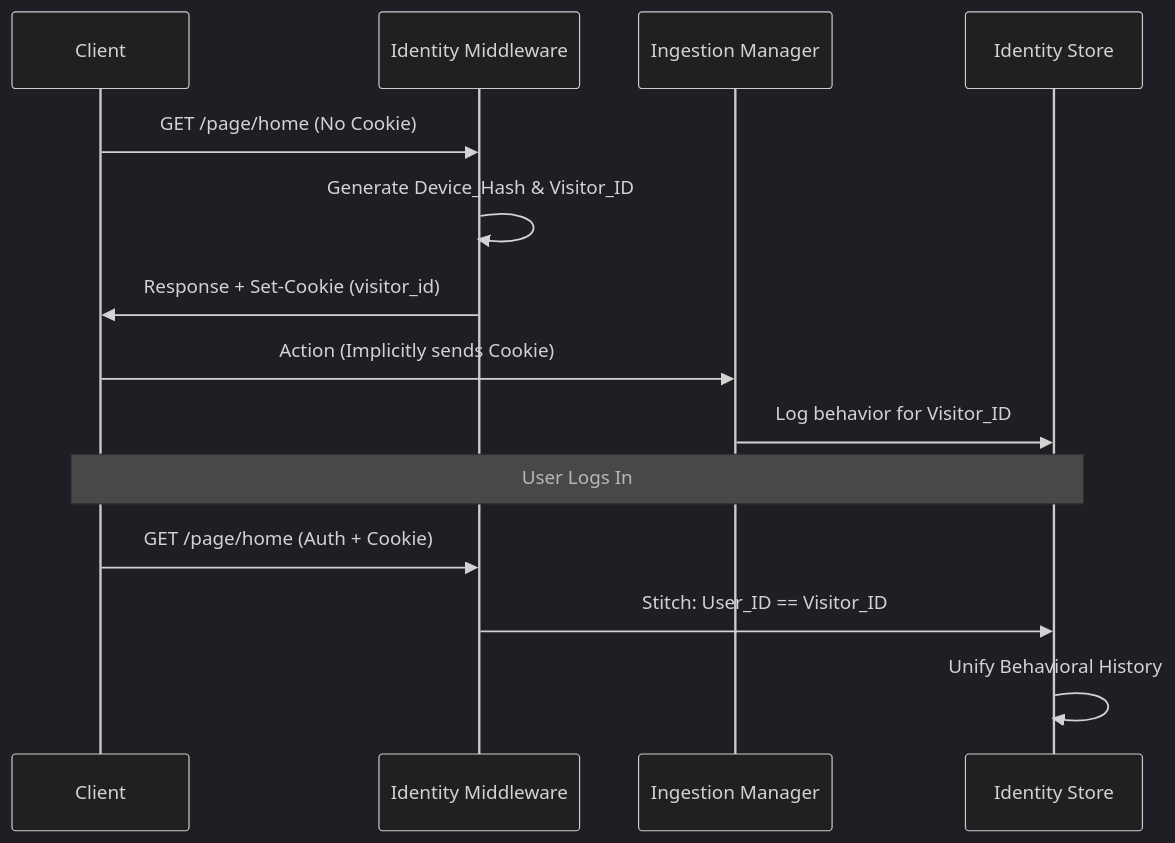
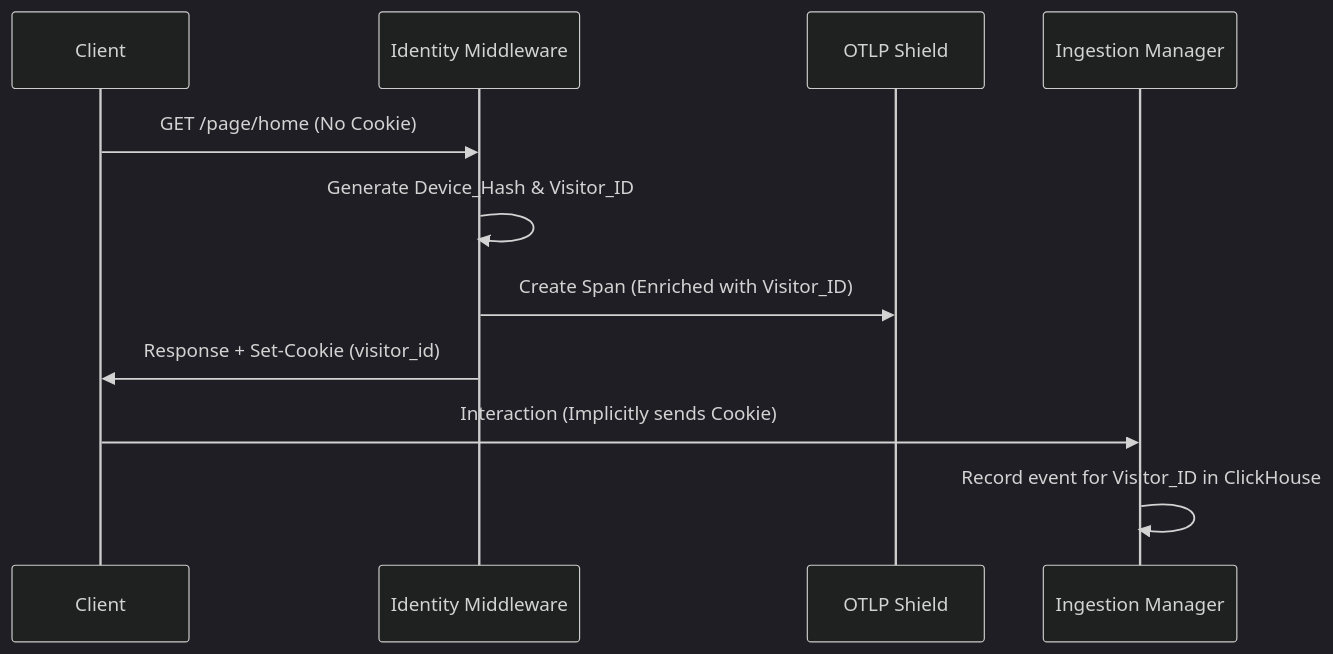
The diagram in docs/architecture/IDENTITY.md (adiozdaniel/bongas-ai), drawn with Mermaid (dark theme) before and after one commit. The commit also changed other lines of this file and 7 other files, not shown here.

First line of the commit message:
docs(symphony): update architectural documentation

````diff
--- a/docs/architecture/IDENTITY.md
+++ b/docs/architecture/IDENTITY.md
@@ -27,18 +45,14 @@
 ```mermaid
 sequenceDiagram
     participant C as Client
     participant M as Identity Middleware
+    participant O as OTLP Shield
     participant I as Ingestion Manager
-    participant D as Identity Store
 
     C->>M: GET /page/home (No Cookie)
     M->>M: Generate Device_Hash & Visitor_ID
+    M->>O: Create Span (Enriched with Visitor_ID)
     M->>C: Response + Set-Cookie (visitor_id)
-    C->>I: Action (Implicitly sends Cookie)
-    I->>D: Log behavior for Visitor_ID
-
-    Note over C,D: User Logs In
-    C->>M: GET /page/home (Auth + Cookie)
-    M->>D: Stitch: User_ID == Visitor_ID
-    D->>D: Unify Behavioral History
+    C->>I: Interaction (Implicitly sends Cookie)
+    I->>I: Record event for Visitor_ID in ClickHouse
 ```
````
